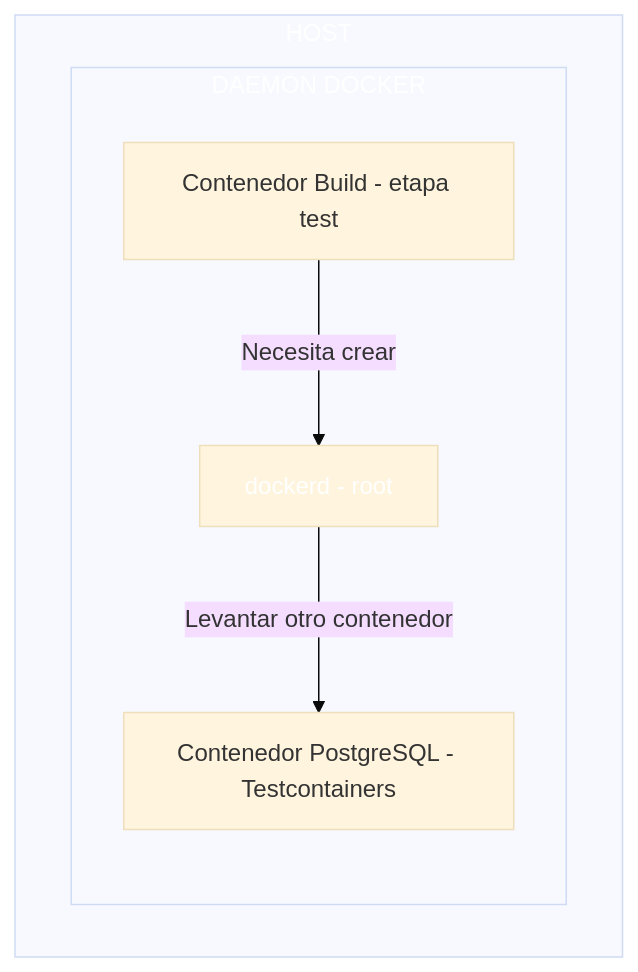
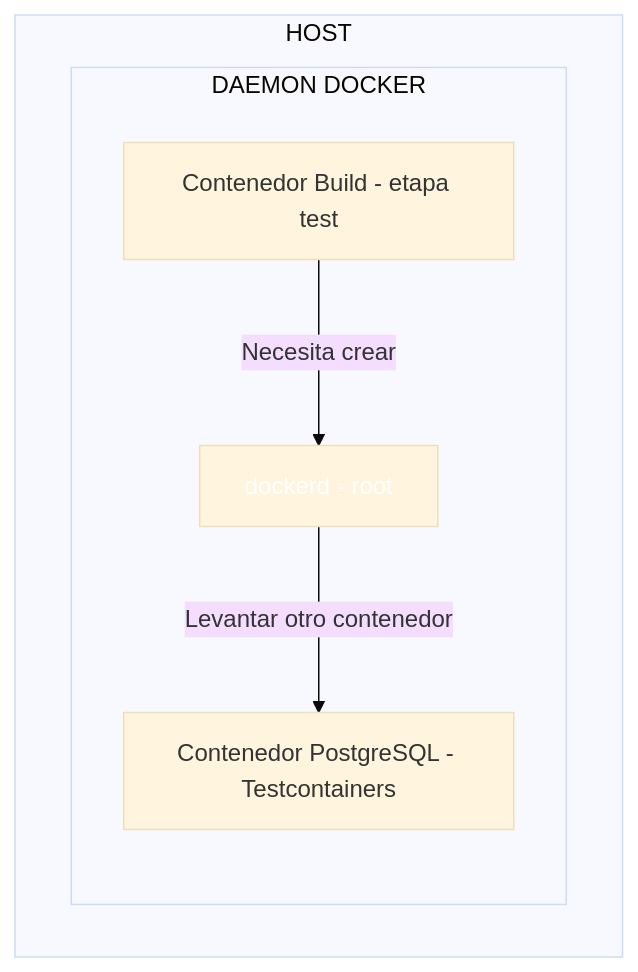
Before and after one commit to joseluisgs/DesarrolloWebEntornosServidor-01-2026-2027: the third of 4 diagrams in 23-docker.md, drawn with Mermaid (base theme). The commit also changed other lines of this file and 15 other files, not shown here.

Commit message:
docs: quitar el relleno a los subgraf de los diagramas y corregir comillas y rayas sueltas

````diff
--- a/23-docker.md
+++ b/23-docker.md
@@ -543,13 +539,11 @@
 ```mermaid
 graph TD
     subgraph HOST["HOST"]
         subgraph DAEMON["DAEMON DOCKER"]
             A["Contenedor Build - etapa test"] -->|"Necesita crear"| B["dockerd - root"]
             B -->|"Levantar otro contenedor"| C["Contenedor PostgreSQL - Testcontainers"]
         end
     end
 
-    style HOST fill:#2196F,color:#fff3,color:#fff
-    style DAEMON fill:#FF980,color:#fff0,color:#fff
     style B fill:#f4433,color:#fff6,color:#fff
 ```
````
